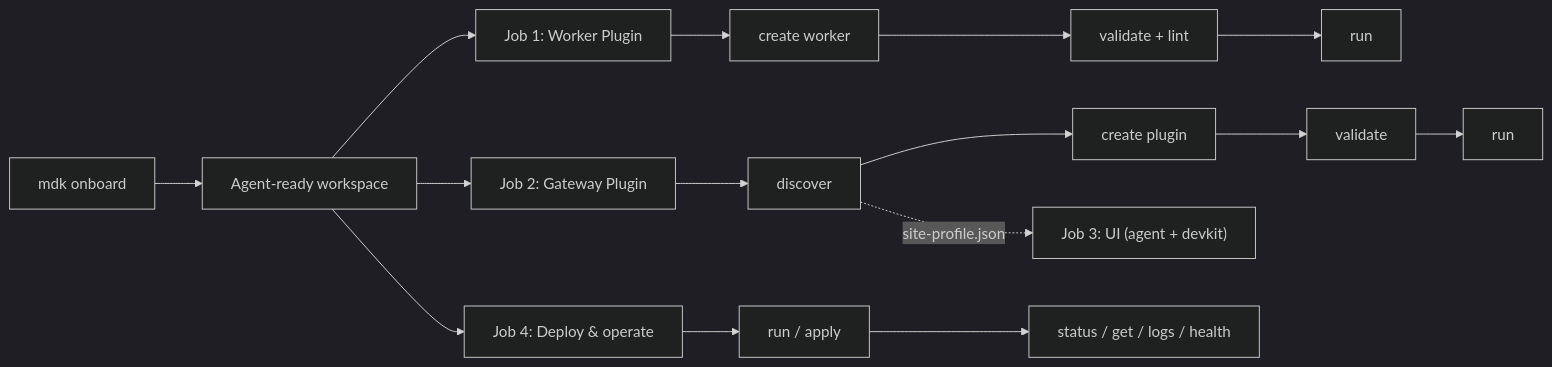
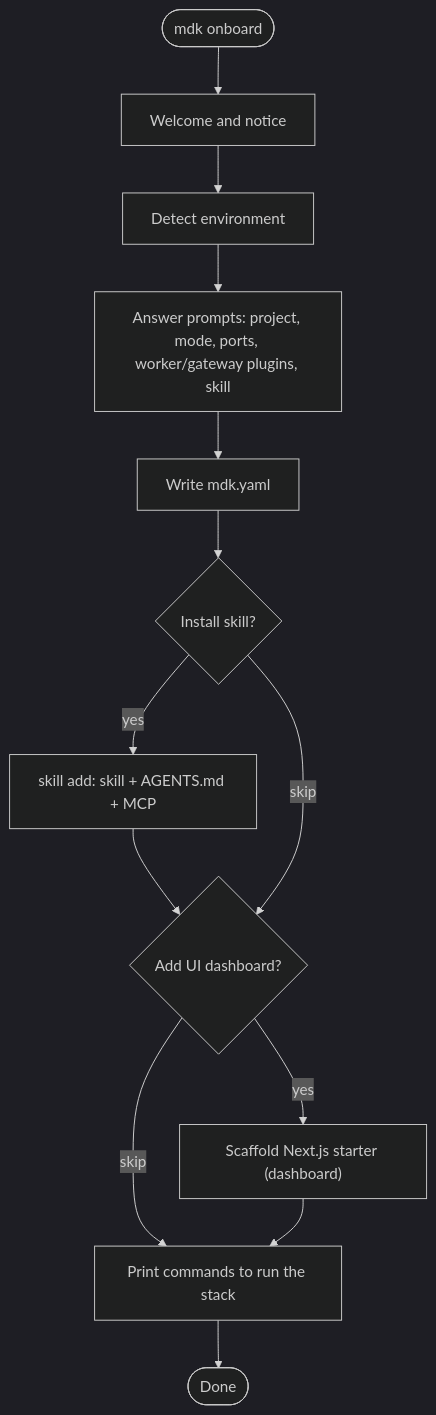
Before and after one commit to ankit-tether/mdk-be: the diagram in docs/hld-mdk-cli.md, drawn with Mermaid (dark theme). The commit also changed other lines of this file, not shown here.

First line of the commit message:
Update MDK CLI documentation to refine scope and enhance clarity

````diff
--- a/docs/hld-mdk-cli.md
+++ b/docs/hld-mdk-cli.md
@@ -248,14 +211,15 @@
 ```mermaid
-flowchart LR
-    onboard["mdk onboard"] --> ready["Agent-ready workspace"]
-
-    ready --> job1["Job 1: Worker Plugin"]
-    ready --> job2["Job 2: Gateway Plugin"]
-    ready --> job4["Job 4: Deploy & operate"]
-
-    job1 --> cw["create worker"] --> v1["validate + lint"] --> run1["run"]
-    job2 --> disc["discover"] --> cp["create plugin"] --> v2["validate"] --> run2["run"]
-    job4 --> run3["run / apply"] --> ops["status / get / logs / health"]
-
-    disc -.->|"site-profile.json"| job3["Job 3: UI (agent + devkit)"]
+flowchart TD
+    A(["mdk onboard"]) --> B["Welcome and notice"]
+    B --> C["Detect environment"]
+    C --> D["Answer prompts: project, mode, ports, worker/gateway plugins, skill"]
+    D --> W["Write mdk.yaml"]
+    W --> G{"Install skill?"}
+    G -- yes --> H["skill add: skill + AGENTS.md + MCP"]
+    H --> U{"Add UI dashboard?"}
+    G -- skip --> U
+    U -- yes --> V["Scaffold Next.js starter (dashboard)"]
+    U -- skip --> P["Print commands to run the stack"]
+    V --> P
+    P --> K(["Done"])
 ```
````
